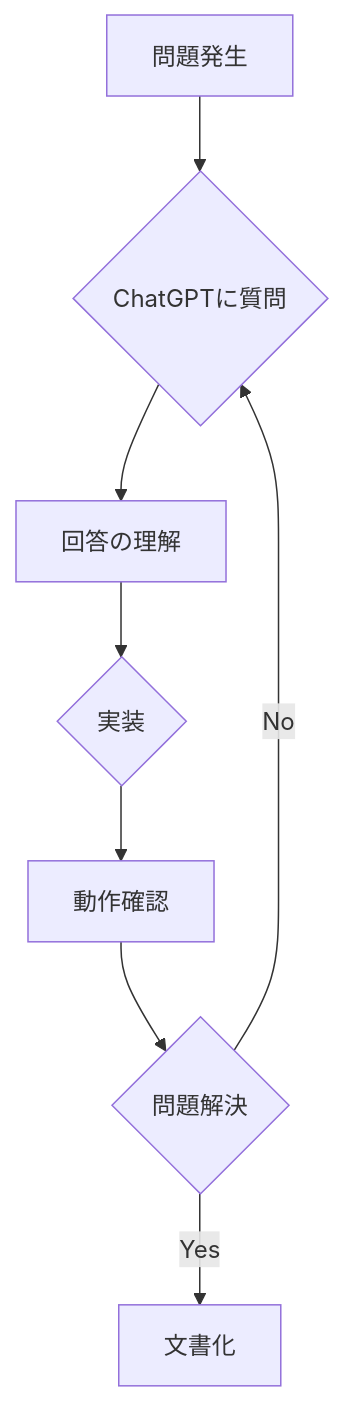
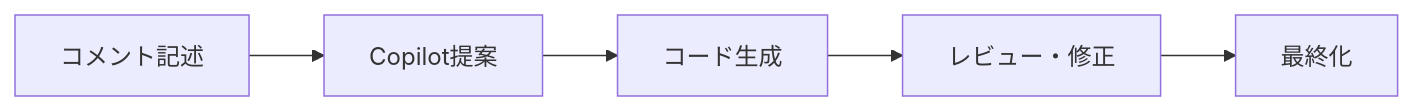
The fourth of 5 diagrams in src/CS勉強会.md (syeeel/cs-study-marp), drawn with Mermaid before and after one commit. The commit also changed other lines of this file and 1 other file, not shown here.

```diff
--- a/src/CS勉強会.md
+++ b/src/CS勉強会.md
@@ -293,10 +182,7 @@
 <pre class="mermaid">
-graph TD
-    A[問題発生] --> B{ChatGPTに質問}
-    B --> C[回答の理解]
-    C --> D{実装}
-    D --> E[動作確認]
-    E --> F{問題解決}
-    F -->|No| B
-    F -->|Yes| G[文書化]
+flowchart LR
+    A[コメント記述] --> B[Copilot提案]
+    B --> C[コード生成]
+    C --> D[レビュー・修正]
+    D --> E[最終化]
 </pre>
```
